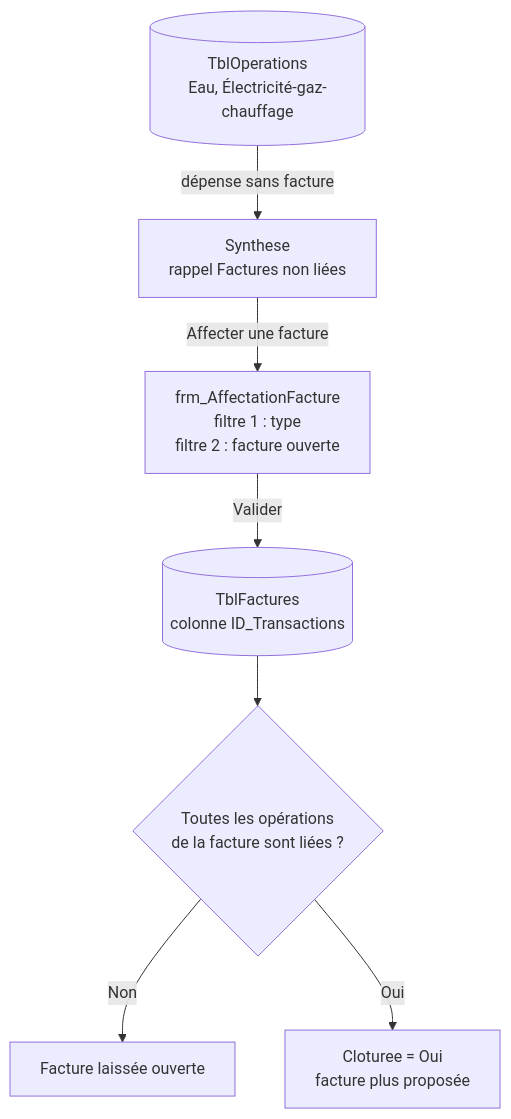
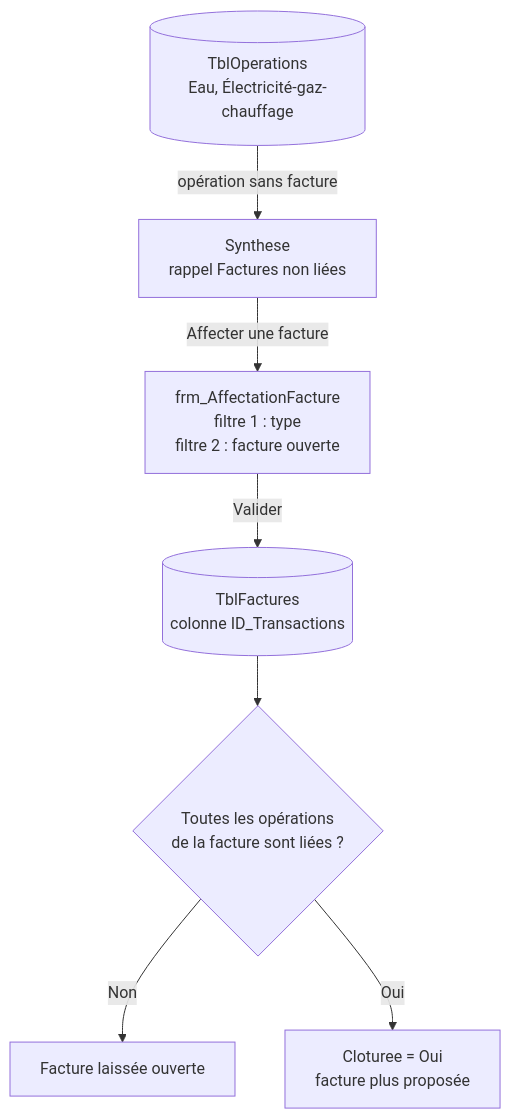
The tenth of 11 diagrams in README.md (alexblav/Suivi_Financier), drawn with Mermaid before and after one commit. The commit also changed other lines of this file and 7 other files, not shown here.

````diff
--- a/README.md
+++ b/README.md
@@ -975,16 +975,16 @@
 ```mermaid
 flowchart TB
     OPS[("TblOperations<br/>Eau, Électricité-gaz-chauffage")]
     RAPPEL["Synthese<br/>rappel Factures non liées"]
     FORM["frm_AffectationFacture<br/>filtre 1 : type<br/>filtre 2 : facture ouverte"]
     LIEN[("TblFactures<br/>colonne ID_Transactions")]
     CLOT{"Toutes les opérations<br/>de la facture sont liées ?"}
     OUVERTE["Facture laissée ouverte"]
     CLOSE["Cloturee = Oui<br/>facture plus proposée"]
-    OPS -->|"dépense sans facture"| RAPPEL
+    OPS -->|"opération sans facture"| RAPPEL
     RAPPEL -->|"Affecter une facture"| FORM
     FORM -->|"Valider"| LIEN
     LIEN --> CLOT
     CLOT -->|"Non"| OUVERTE
     CLOT -->|"Oui"| CLOSE
 ```
````
